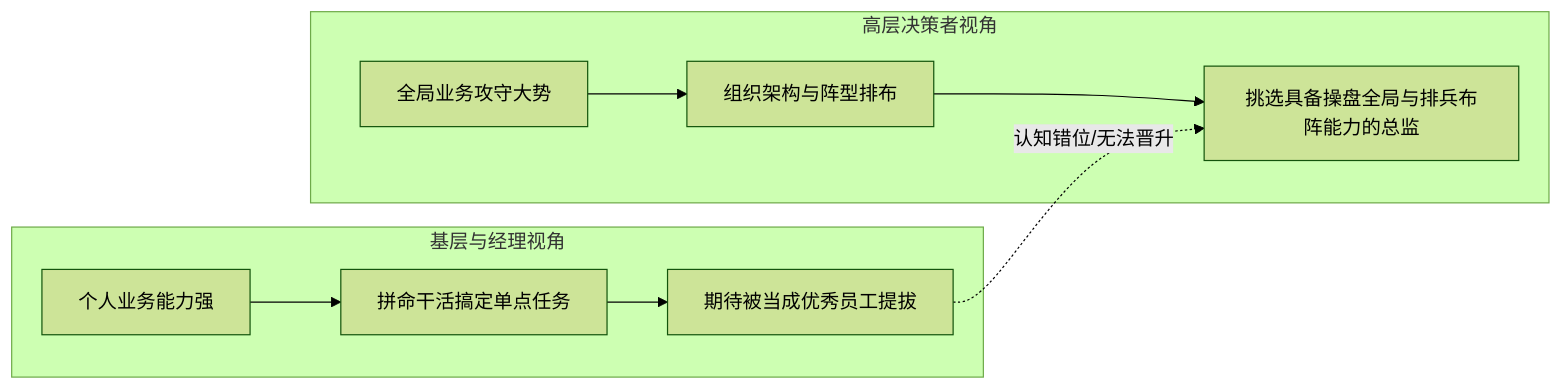
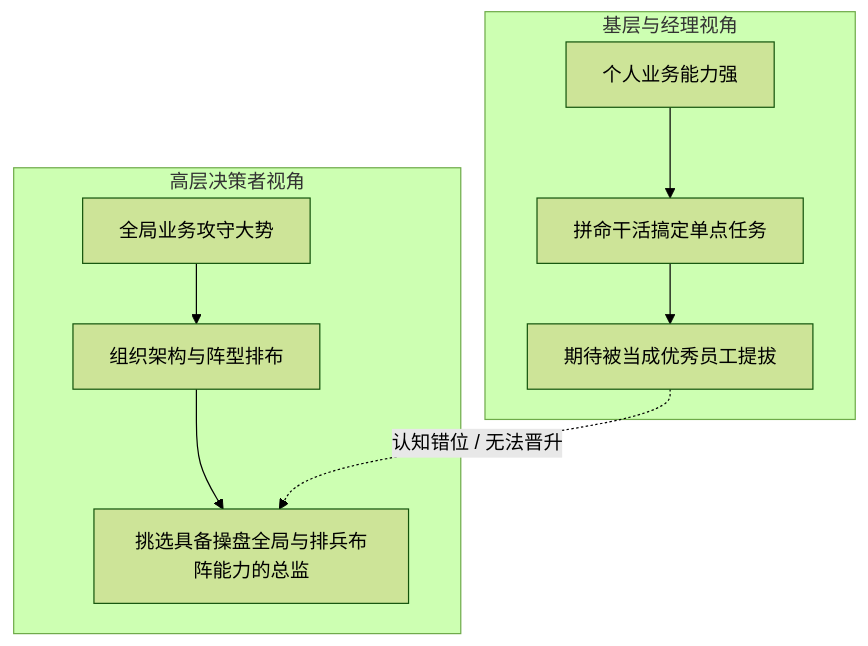
One commit to dollarser/knowledge changed the first of 2 diagrams in content/live-20261012-laozeng-03.md. Above: the diagram before and after it, drawn with Mermaid (forest theme). The commit also changed 7 other files, not shown here.

Commit message:
style: convert horizontal LR mermaid diagrams to vertical TD for readable text on all screens

````diff
--- a/content/live-20261012-laozeng-03.md
+++ b/content/live-20261012-laozeng-03.md
@@ -22,12 +22,12 @@
 ```mermaid
-flowchart LR
+flowchart TD
     subgraph 基层与经理视角
-        P1[个人业务能力强] --> P2[拼命干活搞定单点任务] --> P3[期待被当成优秀员工提拔]
+        P1["个人业务能力强"] --> P2["拼命干活搞定单点任务"] --> P3["期待被当成优秀员工提拔"]
     end
     
     subgraph 高层决策者视角
-        O1[全局业务攻守大势] --> O2[组织架构与阵型排布] --> O3[挑选具备操盘全局与排兵布阵能力的总监]
+        O1["全局业务攻守大势"] --> O2["组织架构与阵型排布"] --> O3["挑选具备操盘全局与排兵布阵能力的总监"]
     end
     
-    P3 -.->|认知错位/无法晋升| O3
+    P3 -.->|认知错位 / 无法晋升| O3
 ```
````
